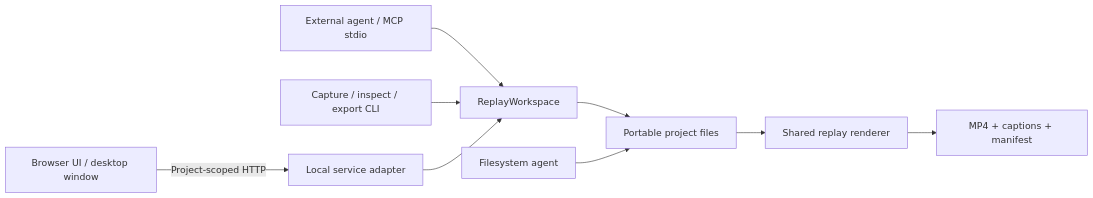
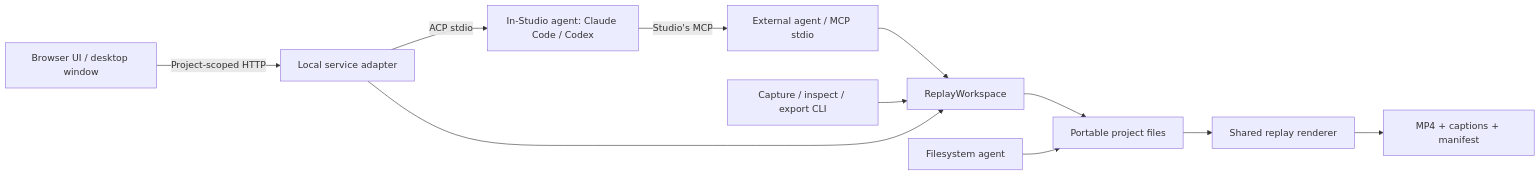
Before and after one commit to oaiz-io/demohunter: the diagram in apps/studio/ARCHITECTURE.md, drawn with Mermaid. The commit also changed other lines of this file and 19 other files, not shown here.

First line of the commit message:
feat(studio): run Claude Code and Codex inside Studio

````diff
--- a/apps/studio/ARCHITECTURE.md
+++ b/apps/studio/ARCHITECTURE.md
@@ -5,11 +5,13 @@
 ```mermaid
 flowchart LR
   UI[Browser UI / desktop window] -->|Project-scoped HTTP| HTTP[Local service adapter]
   MCP[External agent / MCP stdio] --> WS[ReplayWorkspace]
+  HTTP -->|ACP stdio| ACP[In-Studio agent: Claude Code / Codex]
+  ACP -->|Studio's MCP| MCP
   CLI[Capture / inspect / export CLI] --> WS
   HTTP --> WS
   WS --> Files[Portable project files]
   Direct[Filesystem agent] --> Files
   Files --> Renderer[Shared replay renderer]
   Renderer --> MP4[MP4 + captions + manifest]
 ```
````
